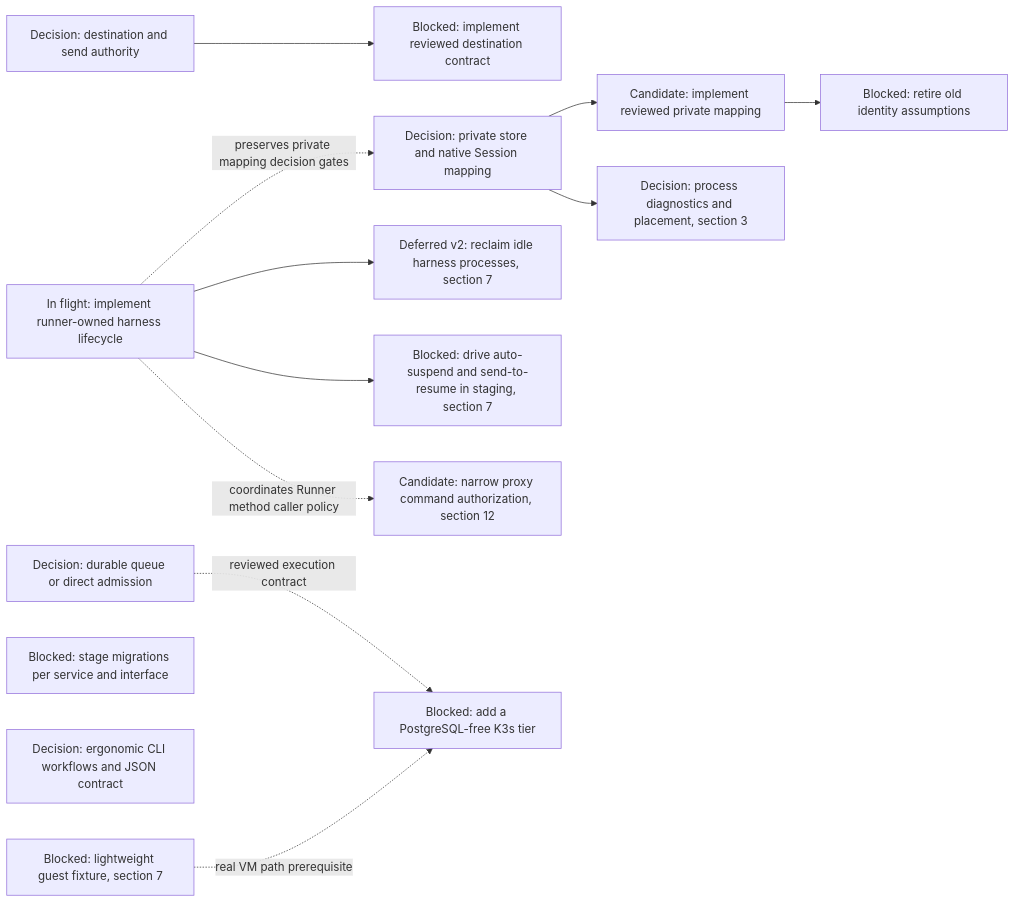
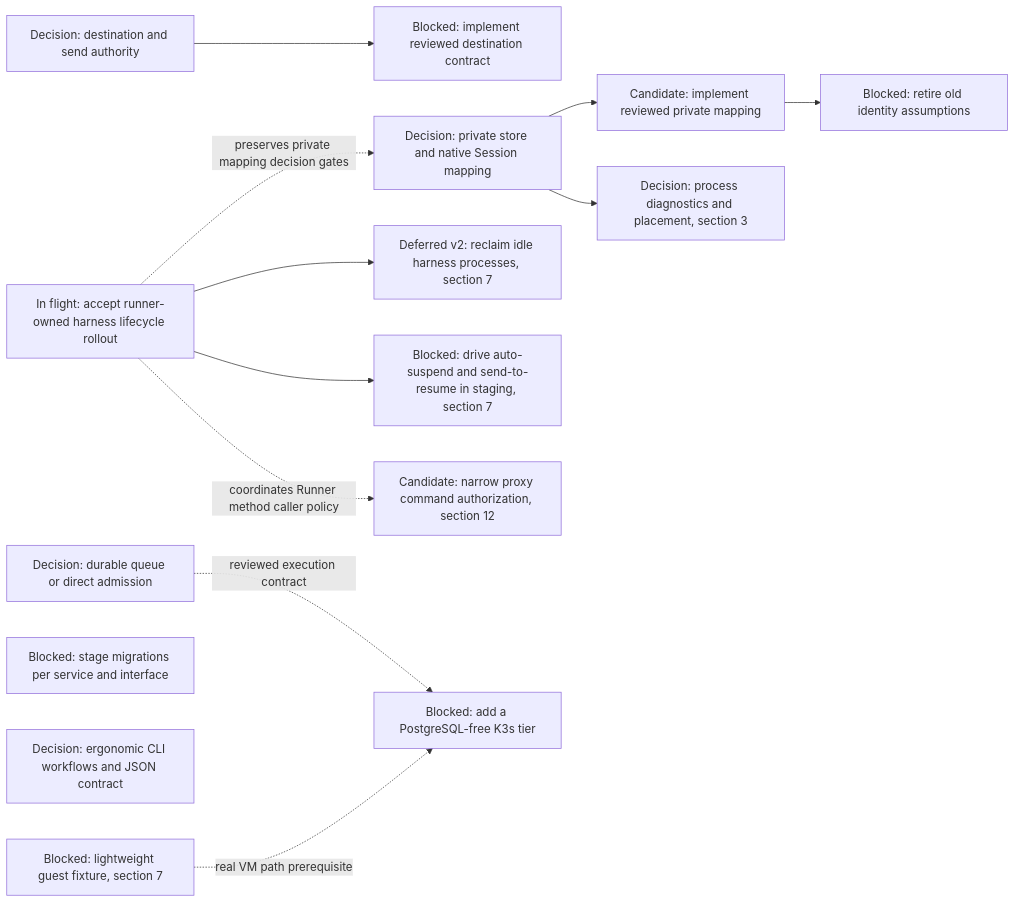
One commit to agentydragon/ducktape changed diagram 16 of 16 in agentplane/plans/task_dag.md. Above: the diagram before and after it, drawn with Mermaid. The commit also changed other lines of this file and 2 other files, not shown here.

````diff
--- a/agentplane/plans/task_dag.md
+++ b/agentplane/plans/task_dag.md
@@ -1707,28 +1707,28 @@
 ```mermaid
 flowchart LR
     DISPATCHER_PERSISTENCE_MODEL_DESIGN[Decision: durable queue or direct admission]
     DELIVERY_DESTINATION_AUTHORITY_DESIGN[Decision: destination and send authority]
     DELIVERY_DESTINATION_CONTRACT[Blocked: implement reviewed destination contract]
     HARNESS_IDENTITY_DESIGN[Decision: private store and native Session mapping]
     RUNNER_STORE_SESSION_IDENTITY[Candidate: implement reviewed private mapping]
     RUNNER_IDENTITY_LEGACY_CLEANUP[Blocked: retire old identity assumptions]
-    HARNESS_LIFECYCLE_OWNERSHIP[In flight: implement runner-owned harness lifecycle]
+    HARNESS_LIFECYCLE_OWNERSHIP[In flight: accept runner-owned harness lifecycle rollout]
     RUNNER_IDLE_HARNESS_REAP[Deferred v2: reclaim idle harness processes, section 7]
     IDLE_SUSPEND_UI_DRIVE[Blocked: drive auto-suspend and send-to-resume in staging, section 7]
     PROXY_START_METHODS_DISPATCHER_ONLY[Candidate: narrow proxy command authorization, section 12]
     RUNNER_HARNESS_OBJECTS_DESIGN[Decision: process diagnostics and placement, section 3]
     SERVICE_API_TRANSPORT_MIGRATIONS[Blocked: stage migrations per service and interface]
     AGENT_API_TOOLING_DESIGN[Decision: ergonomic CLI workflows and JSON contract]
     CNPG_FREE_K3S_INTEGRATION_TIER[Blocked: add a PostgreSQL-free K3s tier]
     K3S_VM_IMAGE[Blocked: lightweight guest fixture, section 7]
     DELIVERY_DESTINATION_AUTHORITY_DESIGN --> DELIVERY_DESTINATION_CONTRACT
     RUNNER_STORE_SESSION_IDENTITY --> RUNNER_IDENTITY_LEGACY_CLEANUP
     HARNESS_IDENTITY_DESIGN --> RUNNER_STORE_SESSION_IDENTITY
     HARNESS_IDENTITY_DESIGN --> RUNNER_HARNESS_OBJECTS_DESIGN
     HARNESS_LIFECYCLE_OWNERSHIP --> IDLE_SUSPEND_UI_DRIVE
     HARNESS_LIFECYCLE_OWNERSHIP -. coordinates Runner method caller policy .-> PROXY_START_METHODS_DISPATCHER_ONLY
     HARNESS_LIFECYCLE_OWNERSHIP -. preserves private mapping decision gates .-> HARNESS_IDENTITY_DESIGN
     HARNESS_LIFECYCLE_OWNERSHIP --> RUNNER_IDLE_HARNESS_REAP
     DISPATCHER_PERSISTENCE_MODEL_DESIGN -. reviewed execution contract .-> CNPG_FREE_K3S_INTEGRATION_TIER
     K3S_VM_IMAGE -. real VM path prerequisite .-> CNPG_FREE_K3S_INTEGRATION_TIER
 ```
````
